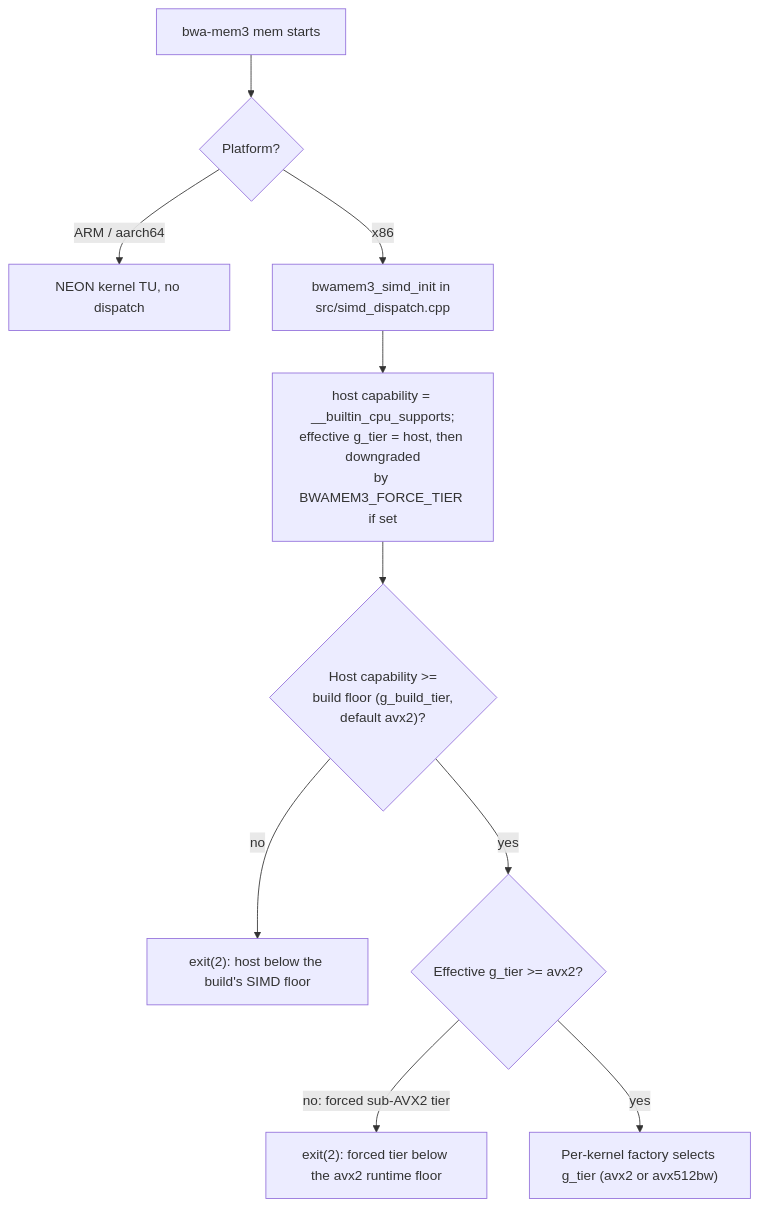
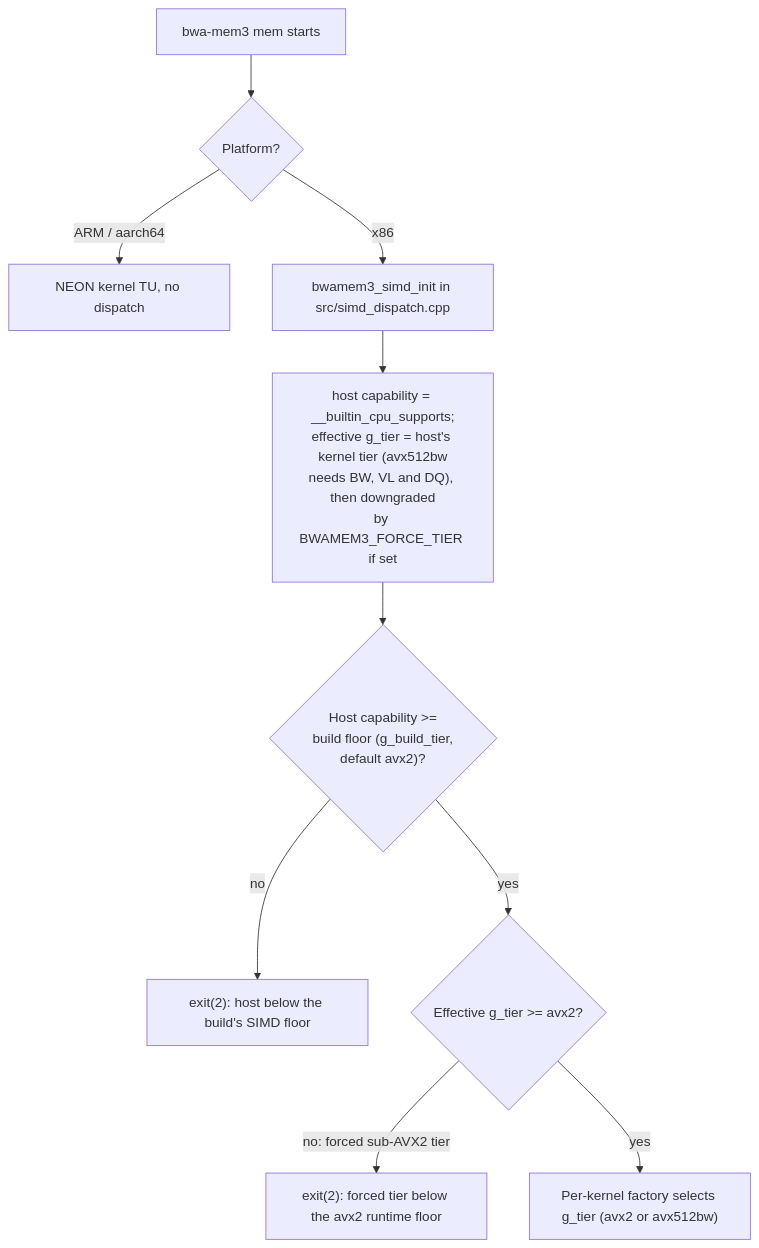
Before and after one commit to fg-labs/bwa-mem3: the diagram in docs/src/performance/simd-dispatch.md, drawn with Mermaid. The commit also changed other lines of this file and 33 other files, not shown here.

````diff
--- a/docs/src/performance/simd-dispatch.md
+++ b/docs/src/performance/simd-dispatch.md
@@ -12,12 +12,12 @@
 ```mermaid
 flowchart TD
     A[bwa-mem3 mem starts] --> B{Platform?}
     B -- ARM / aarch64 --> C[NEON kernel TU, no dispatch]
     B -- x86 --> D[bwamem3_simd_init in src/simd_dispatch.cpp]
-    D --> E["host capability = __builtin_cpu_supports;<br/>effective g_tier = host, then downgraded<br/>by BWAMEM3_FORCE_TIER if set"]
+    D --> E["host capability = __builtin_cpu_supports;<br/>effective g_tier = host's kernel tier (avx512bw<br/>needs BW, VL and DQ), then downgraded<br/>by BWAMEM3_FORCE_TIER if set"]
     E --> F{"Host capability >=<br/>build floor (g_build_tier,<br/>default avx2)?"}
     F -- no --> H1["exit(2): host below the build's SIMD floor"]
     F -- yes --> G{"Effective g_tier >= avx2?"}
     G -- "no: forced sub-AVX2 tier" --> H2["exit(2): forced tier below the avx2 runtime floor"]
     G -- yes --> I["Per-kernel factory selects g_tier (avx2 or avx512bw)"]
 ```
````
